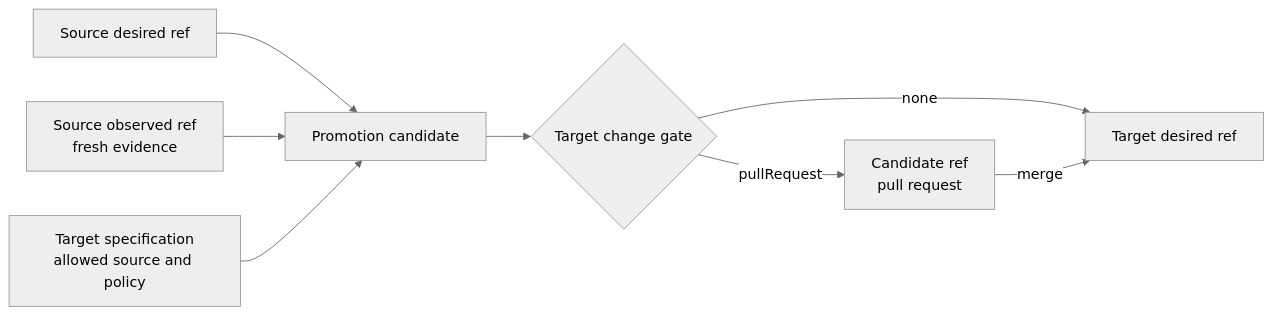
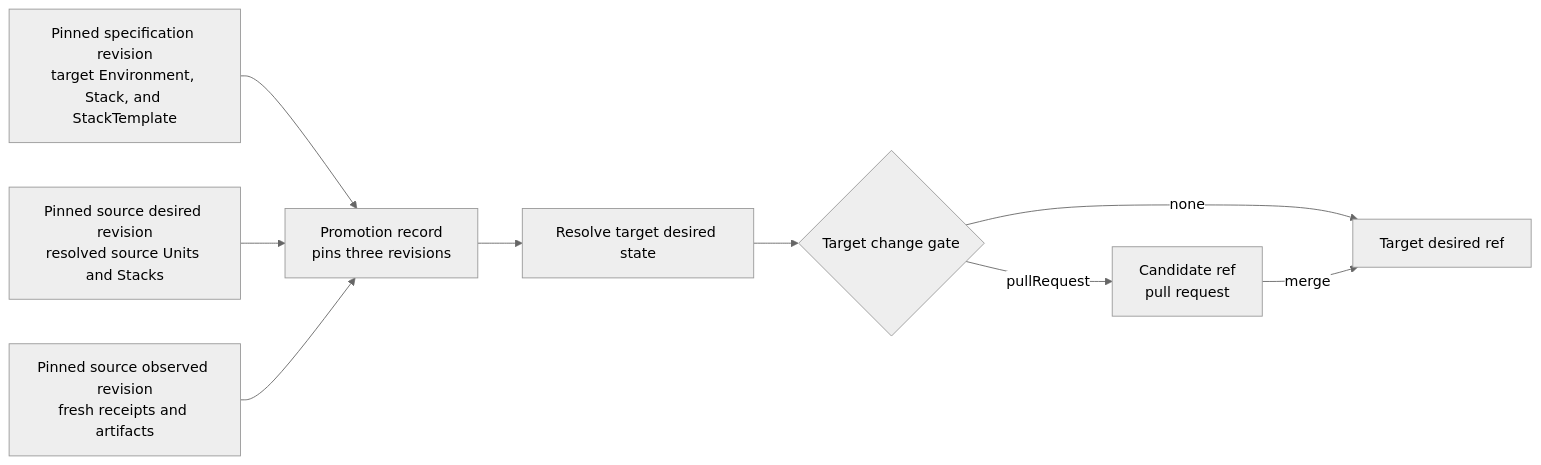
Before and after one commit to NiklasRosenstein/gitopsctr: the second of 2 diagrams in docs/concepts.md, drawn with Mermaid (neutral theme). The commit also changed other lines of this file and 7 other files, not shown here.

Commit message:
docs: clarify promotion and Stack template semantics

````diff
--- a/docs/concepts.md
+++ b/docs/concepts.md
@@ -69,10 +71,11 @@
 ```mermaid
 flowchart LR
-  desired["Source desired ref"] --> promotion["Promotion candidate"]
-  observed["Source observed ref<br/>fresh evidence"] --> promotion
-  specification["Target specification<br/>allowed source and policy"] --> promotion
-  promotion --> gate{"Target change gate"}
+  specification["Pinned specification revision<br/>target Environment, Stack, and StackTemplate"] --> promotion["Promotion record<br/>pins three revisions"]
+  desired["Pinned source desired revision<br/>resolved source Units and Stacks"] --> promotion
+  observed["Pinned source observed revision<br/>fresh receipts and artifacts"] --> promotion
+  promotion --> resolution["Resolve target desired state"]
+  resolution --> gate{"Target change gate"}
   gate -->|none| target["Target desired ref"]
   gate -->|pullRequest| review["Candidate ref<br/>pull request"]
   review -->|merge| target
 ```
````
